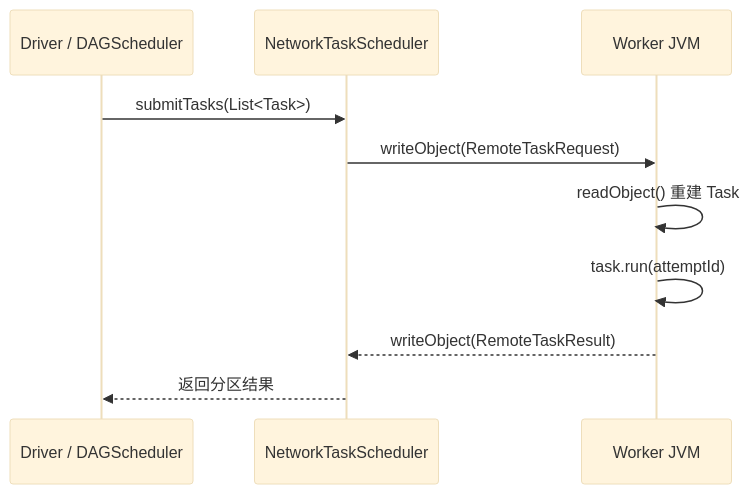
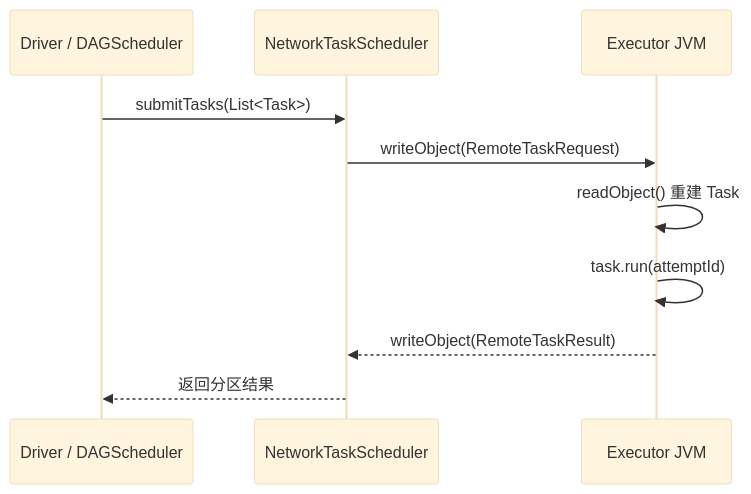
One commit to rchaocai/mini-spark changed the first of 9 diagrams in content/docs/03-part3/ch09-network-rpc.md. Above: the diagram before and after it, drawn with Mermaid (base theme). The commit also changed other lines of this file and 16 other files, not shown here.

````diff
--- a/content/docs/03-part3/ch09-network-rpc.md
+++ b/content/docs/03-part3/ch09-network-rpc.md
@@ -39,13 +39,13 @@
 ```mermaid
 sequenceDiagram
     participant D as Driver / DAGScheduler
     participant S as NetworkTaskScheduler
-    participant W as Worker JVM
+    participant W as Executor JVM
 
     D->>S: submitTasks(List<Task>)
     S->>W: writeObject(RemoteTaskRequest)
     W->>W: readObject() 重建 Task
     W->>W: task.run(attemptId)
     W-->>S: writeObject(RemoteTaskResult)
     S-->>D: 返回分区结果
 ```
````
